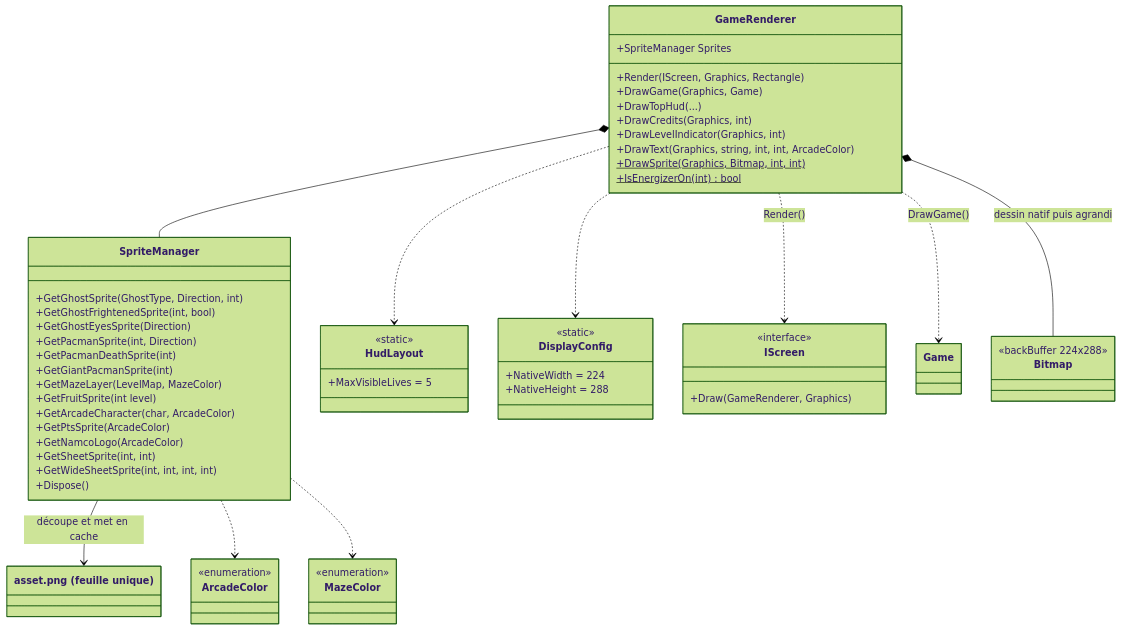
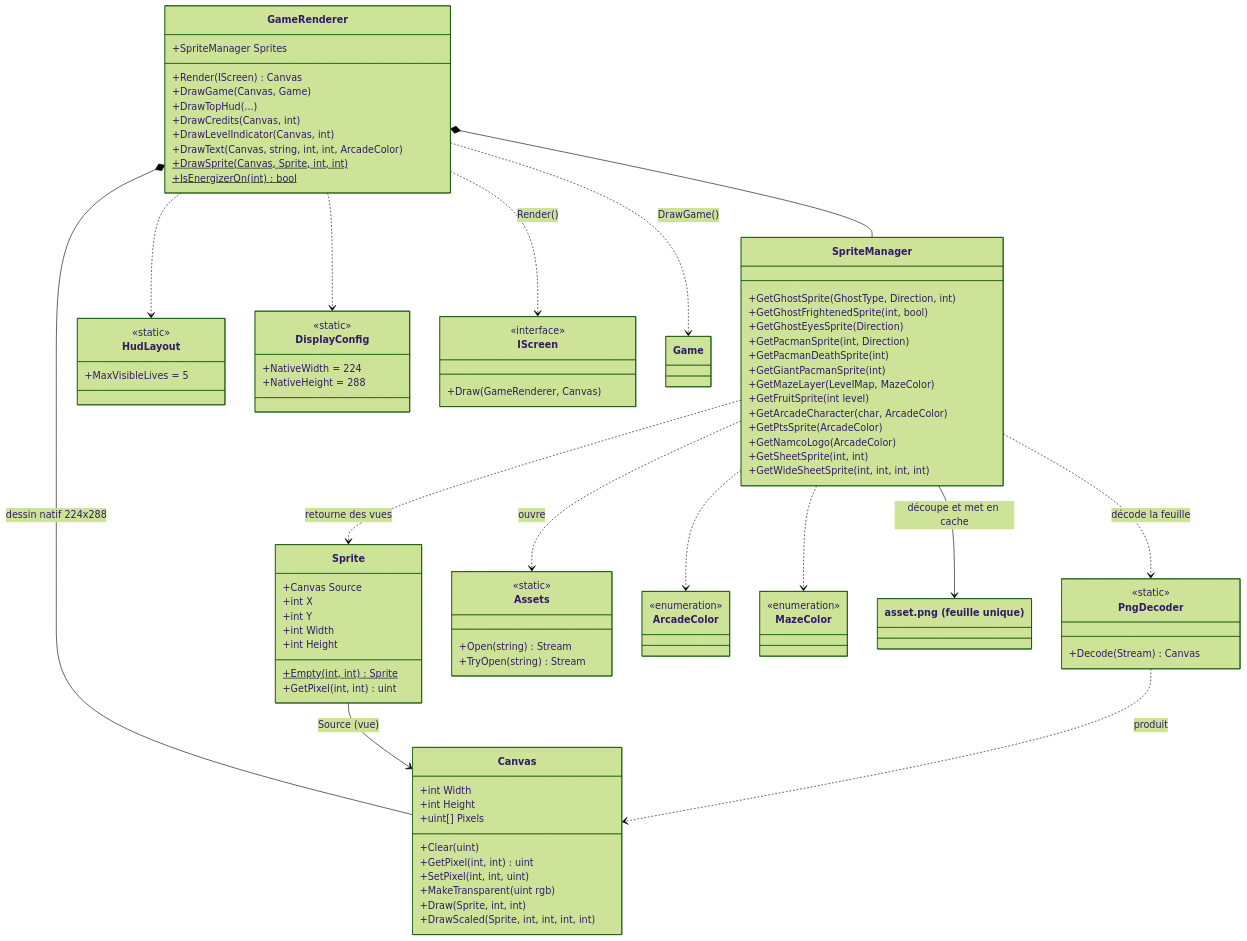
The sixth of 18 diagrams in docs/Pacman_UML_et_etats.md (Telev78/pacman), drawn with Mermaid (forest theme) before and after one commit. The commit also changed other lines of this file and 36 other files, not shown here.

```diff
--- a/docs/Pacman_UML_et_etats.md
+++ b/docs/Pacman_UML_et_etats.md
@@ -525,13 +548,13 @@
   direction TB
   class GameRenderer {
     +SpriteManager Sprites
-    +Render(IScreen, Graphics, Rectangle)
-    +DrawGame(Graphics, Game)
+    +Render(IScreen) Canvas
+    +DrawGame(Canvas, Game)
     +DrawTopHud(...)
-    +DrawCredits(Graphics, int)
-    +DrawLevelIndicator(Graphics, int)
-    +DrawText(Graphics, string, int, int, ArcadeColor)
-    +DrawSprite(Graphics, Bitmap, int, int)$
+    +DrawCredits(Canvas, int)
+    +DrawLevelIndicator(Canvas, int)
+    +DrawText(Canvas, string, int, int, ArcadeColor)
+    +DrawSprite(Canvas, Sprite, int, int)$
     +IsEnergizerOn(int)$ bool
   }
   class SpriteManager {
@@ -548,7 +571,35 @@
     +GetNamcoLogo(ArcadeColor)
     +GetSheetSprite(int, int)
     +GetWideSheetSprite(int, int, int, int)
-    +Dispose()
+  }
+  class Canvas {
+    +int Width
+    +int Height
+    +uint[] Pixels
+    +Clear(uint)
+    +GetPixel(int, int) uint
+    +SetPixel(int, int, uint)
+    +MakeTransparent(uint rgb)
+    +Draw(Sprite, int, int)
+    +DrawScaled(Sprite, int, int, int, int)
+  }
+  class Sprite {
+    +Canvas Source
+    +int X
+    +int Y
+    +int Width
+    +int Height
+    +Empty(int, int)$ Sprite
+    +GetPixel(int, int) uint
+  }
+  class PngDecoder {
+    <<static>>
+    +Decode(Stream) Canvas
+  }
+  class Assets {
+    <<static>>
+    +Open(string) Stream
+    +TryOpen(string) Stream
   }
   class ArcadeColor {
     <<enumeration>>
@@ -567,20 +618,22 @@
   }
   class IScreen {
     <<interface>>
-    +Draw(GameRenderer, Graphics)
+    +Draw(GameRenderer, Canvas)
   }
   class Game
   class asset_png["asset.png (feuille unique)"]
-  class Bitmap {
-    <<backBuffer 224x288>>
-  }
 
   GameRenderer *-- SpriteManager
-  GameRenderer *-- Bitmap : dessin natif puis agrandi
+  GameRenderer *-- Canvas : dessin natif 224x288
   GameRenderer ..> IScreen : Render()
   GameRenderer ..> Game : DrawGame()
   GameRenderer ..> HudLayout
   GameRenderer ..> DisplayConfig
+  Sprite --> Canvas : Source (vue)
+  SpriteManager ..> Sprite : retourne des vues
+  SpriteManager ..> PngDecoder : décode la feuille
+  SpriteManager ..> Assets : ouvre
+  PngDecoder ..> Canvas : produit
   SpriteManager --> asset_png : découpe et met en cache
   SpriteManager ..> ArcadeColor
   SpriteManager ..> MazeColor
```
